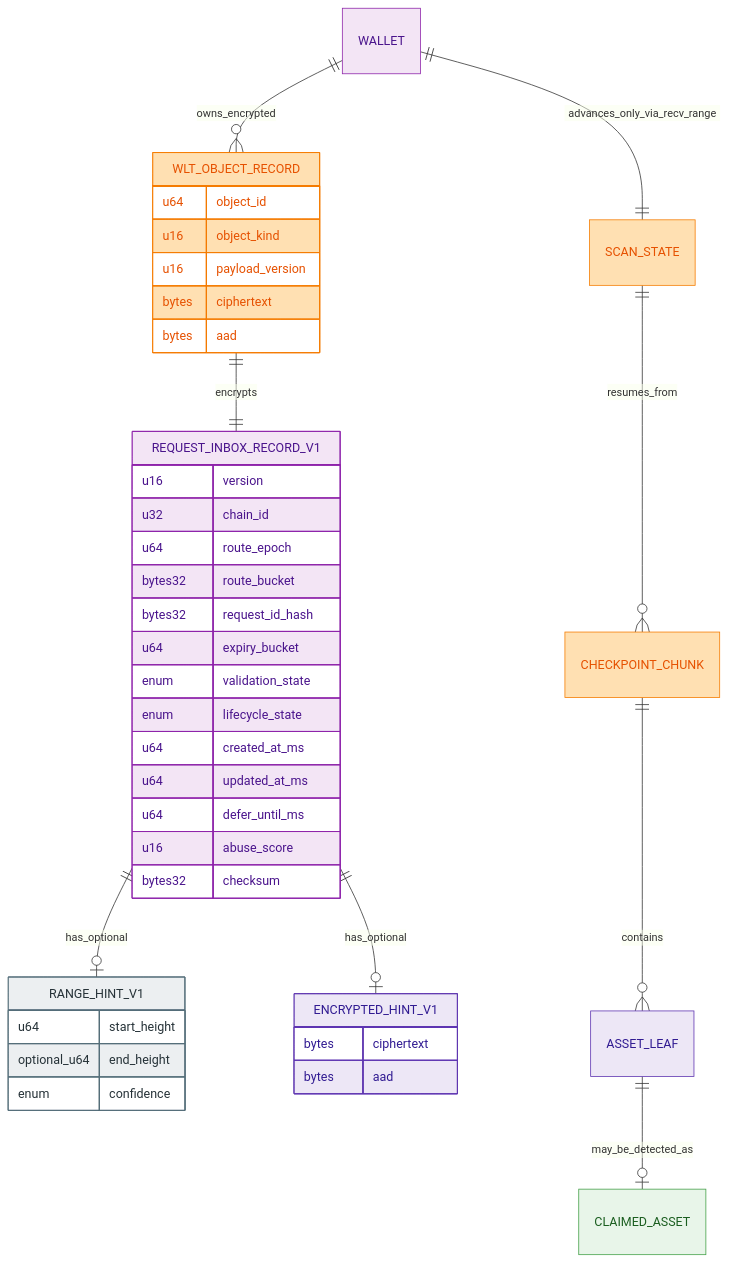
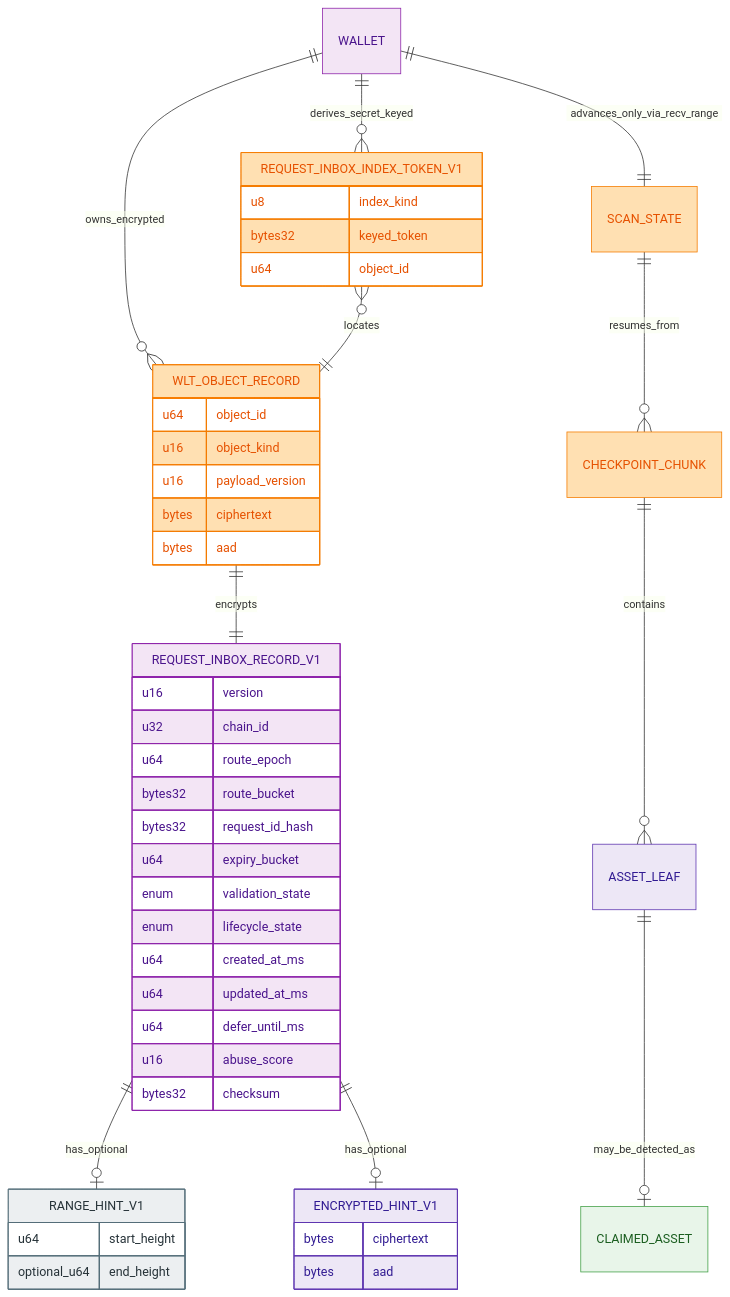
One commit to z00z-labs/z00z changed the fifth of 14 diagrams in .planning/phases/071-Request-Bound-Inbox/071-Request-Bound-Inbox-Spec.md. Above: the diagram before and after it, drawn with Mermaid. The commit also changed other lines of this file and 189 other files, not shown here.

````diff
--- a/.planning/phases/071-Request-Bound-Inbox/071-Request-Bound-Inbox-Spec.md
+++ b/.planning/phases/071-Request-Bound-Inbox/071-Request-Bound-Inbox-Spec.md
@@ -633,53 +780,60 @@
 ```mermaid
 erDiagram
   WALLET ||--o{ WLT_OBJECT_RECORD : owns_encrypted
   WLT_OBJECT_RECORD ||--|| REQUEST_INBOX_RECORD_V1 : encrypts
+  WALLET ||--o{ REQUEST_INBOX_INDEX_TOKEN_V1 : derives_secret_keyed
+  REQUEST_INBOX_INDEX_TOKEN_V1 }o--|| WLT_OBJECT_RECORD : locates
   REQUEST_INBOX_RECORD_V1 ||--o| RANGE_HINT_V1 : has_optional
   REQUEST_INBOX_RECORD_V1 ||--o| ENCRYPTED_HINT_V1 : has_optional
   WALLET ||--|| SCAN_STATE : advances_only_via_recv_range
   CHECKPOINT_CHUNK ||--o{ ASSET_LEAF : contains
   SCAN_STATE ||--o{ CHECKPOINT_CHUNK : resumes_from
   ASSET_LEAF ||--o| CLAIMED_ASSET : may_be_detected_as
 
   REQUEST_INBOX_RECORD_V1 {
     u16 version
     u32 chain_id
     u64 route_epoch
     bytes32 route_bucket
     bytes32 request_id_hash
     u64 expiry_bucket
     enum validation_state
     enum lifecycle_state
     u64 created_at_ms
     u64 updated_at_ms
     u64 defer_until_ms
     u16 abuse_score
     bytes32 checksum
   }
   ENCRYPTED_HINT_V1 {
     bytes ciphertext
     bytes aad
   }
   RANGE_HINT_V1 {
     u64 start_height
     optional_u64 end_height
-    enum confidence
   }
   WLT_OBJECT_RECORD {
     u64 object_id
     u16 object_kind
     u16 payload_version
     bytes ciphertext
     bytes aad
   }
+  REQUEST_INBOX_INDEX_TOKEN_V1 {
+    u8 index_kind
+    bytes32 keyed_token
+    u64 object_id
+  }
 
   style WALLET fill:#F3E5F5,stroke:#8E24AA,stroke-width:1px,color:#4A148C
   style WLT_OBJECT_RECORD fill:#FFE0B2,stroke:#F57C00,stroke-width:1px,color:#E65100
+  style REQUEST_INBOX_INDEX_TOKEN_V1 fill:#FFE0B2,stroke:#F57C00,stroke-width:1px,color:#E65100
   style REQUEST_INBOX_RECORD_V1 fill:#F3E5F5,stroke:#8E24AA,stroke-width:1px,color:#4A148C
   style RANGE_HINT_V1 fill:#ECEFF1,stroke:#546E7A,stroke-width:1px,color:#263238
   style ENCRYPTED_HINT_V1 fill:#EDE7F6,stroke:#5E35B1,stroke-width:1px,color:#311B92
   style SCAN_STATE fill:#FFE0B2,stroke:#F57C00,stroke-width:1px,color:#E65100
   style CHECKPOINT_CHUNK fill:#FFE0B2,stroke:#F57C00,stroke-width:1px,color:#E65100
   style ASSET_LEAF fill:#EDE7F6,stroke:#5E35B1,stroke-width:1px,color:#311B92
   style CLAIMED_ASSET fill:#E8F5E9,stroke:#43A047,stroke-width:1px,color:#1B5E20
 ```
````
